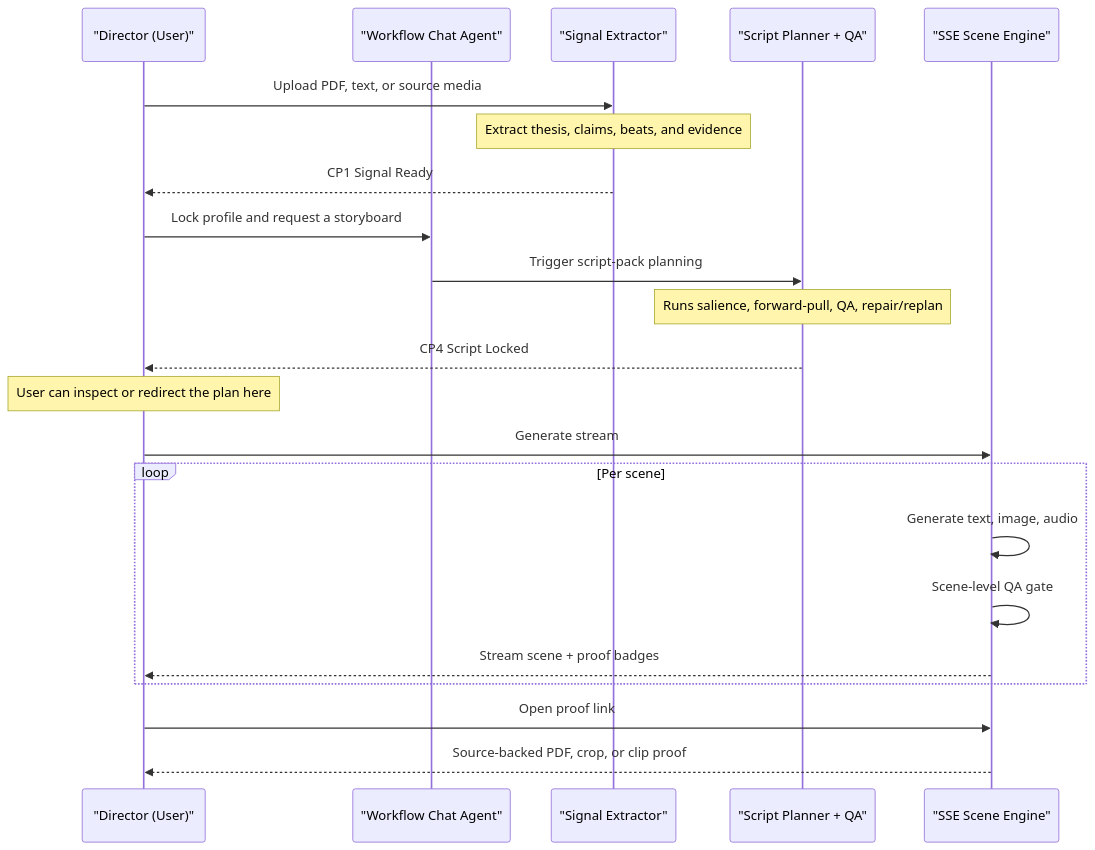
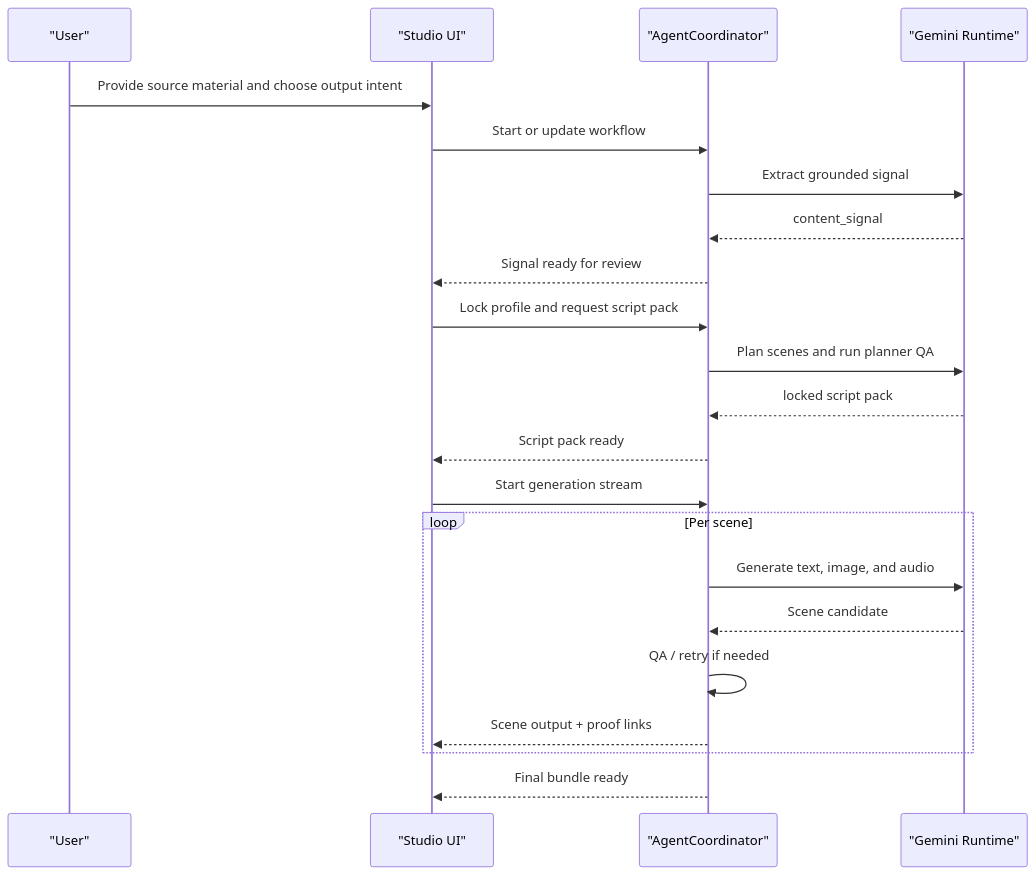
Before and after one commit to Silveroboros-dev/ExplainFlow: the first of 2 diagrams in README.md, drawn with Mermaid. The commit also changed other lines of this file and 2 other files, not shown here.

Commit message:
Refresh architecture and handoff docs

````diff
--- a/README.md
+++ b/README.md
@@ -68,29 +70,27 @@
 ```mermaid
 sequenceDiagram
-    participant U as "Director (User)"
-    participant A as "Workflow Chat Agent"
-    participant E as "Signal Extractor"
-    participant P as "Script Planner + QA"
-    participant S as "SSE Scene Engine"
+    participant U as "User"
+    participant ST as "Studio UI"
+    participant C as "AgentCoordinator"
+    participant G as "Gemini Runtime"
 
-    U->>E: Upload PDF, text, or source media
-    Note over E: Extract thesis, claims, beats, and evidence
-    E-->>U: CP1 Signal Ready
+    U->>ST: Provide source material and choose output intent
+    ST->>C: Start or update workflow
+    C->>G: Extract grounded signal
+    G-->>C: content_signal
+    C-->>ST: Signal ready for review
 
-    U->>A: Lock profile and request a storyboard
-    A->>P: Trigger script-pack planning
-    Note over P: Runs salience, forward-pull, QA, repair/replan
-    P-->>U: CP4 Script Locked
+    ST->>C: Lock profile and request script pack
+    C->>G: Plan scenes and run planner QA
+    G-->>C: locked script pack
+    C-->>ST: Script pack ready
 
-    Note over U: User can inspect or redirect the plan here
-
-    U->>S: Generate stream
+    ST->>C: Start generation stream
     loop Per scene
-        S->>S: Generate text, image, audio
-        S->>S: Scene-level QA gate
-        S-->>U: Stream scene + proof badges
+        C->>G: Generate text, image, and audio
+        G-->>C: Scene candidate
+        C->>C: QA / retry if needed
+        C-->>ST: Scene output + proof links
     end
-
-    U->>S: Open proof link
-    S-->>U: Source-backed PDF, crop, or clip proof
+    C-->>ST: Final bundle ready
 ```
````
